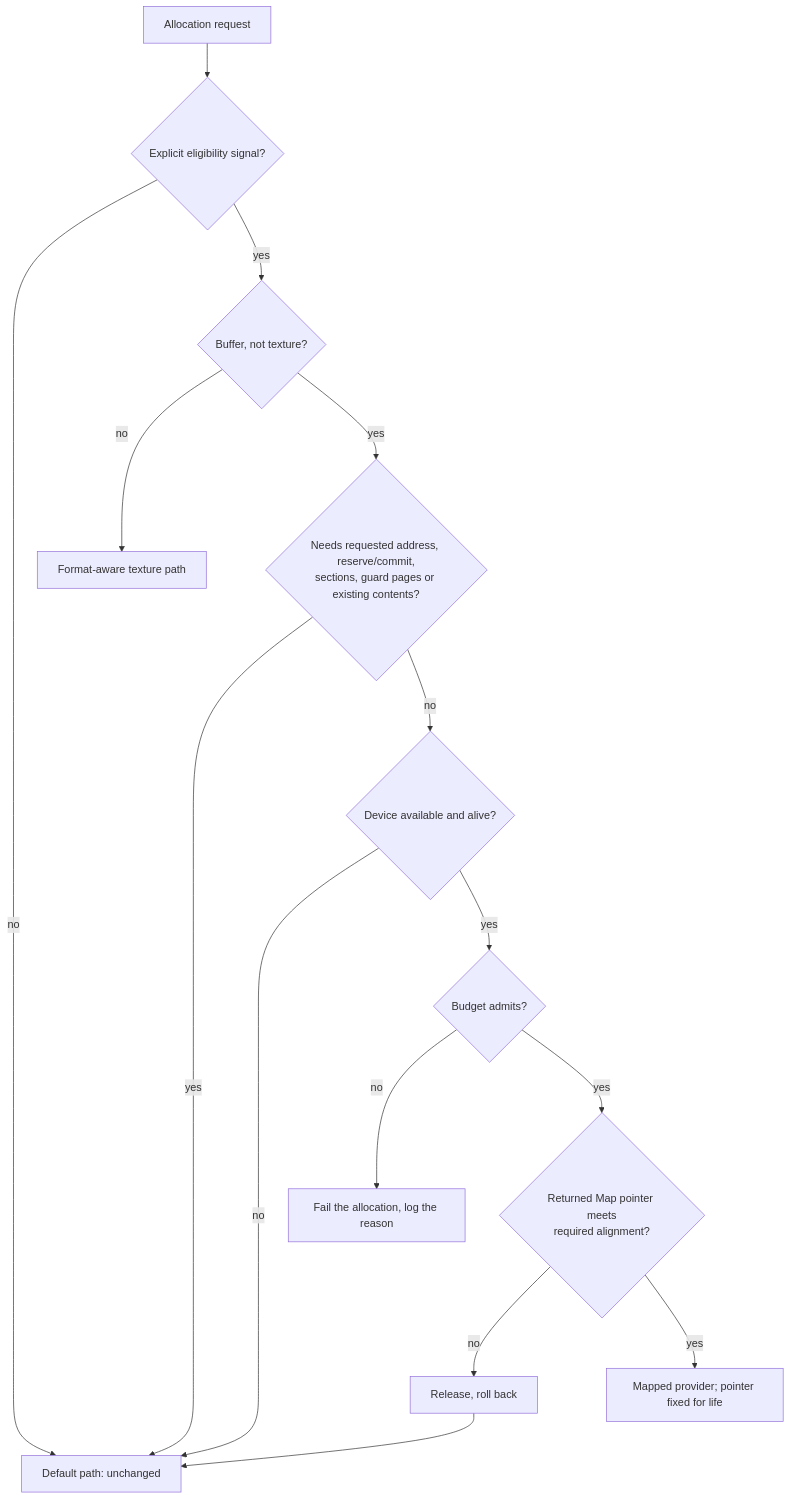
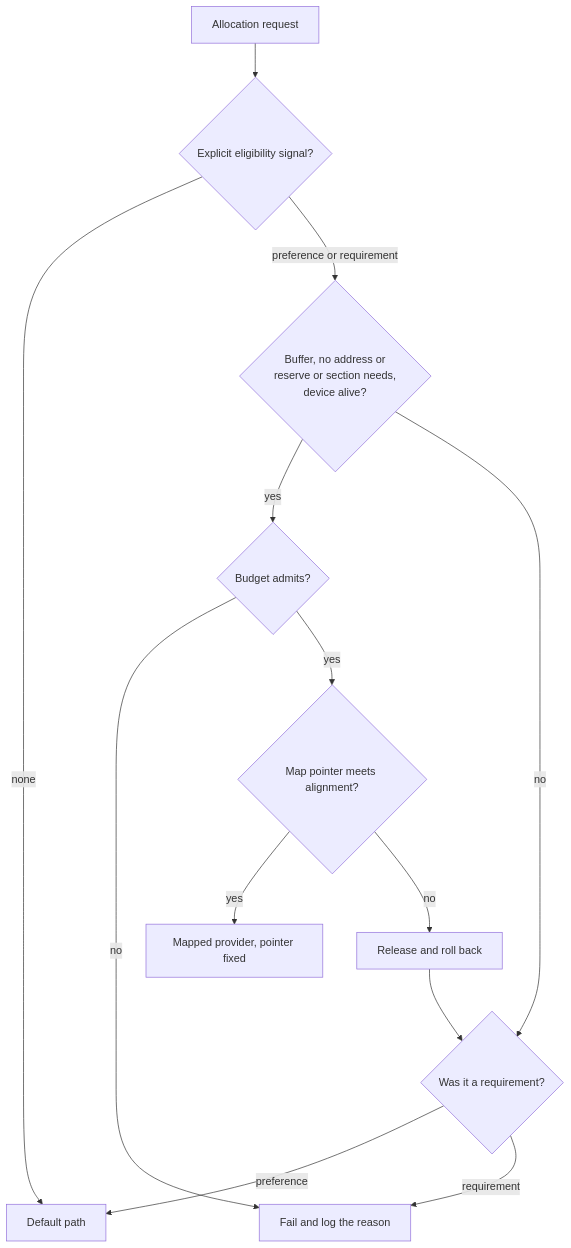
Before and after one commit to MacosPorters/betterxen: the third of 3 diagrams in docs/architecture/proposals/001-unified-memory/proposed-memory-architecture.md, drawn with Mermaid. The commit also changed other lines of this file and 15 other files, not shown here.

First line of the commit message:
docs: correct and tighten the memory architecture draft (#473)

````diff
--- a/docs/architecture/proposals/001-unified-memory/proposed-memory-architecture.md
+++ b/docs/architecture/proposals/001-unified-memory/proposed-memory-architecture.md
@@ -96,16 +111,14 @@
 ```mermaid
 flowchart TD
   Q[Allocation request] --> S{Explicit eligibility signal?}
-  S -->|no| DEF[Default path: unchanged]
-  S -->|yes| B{Buffer, not texture?}
-  B -->|no| TEX[Format-aware texture path]
-  B -->|yes| R{Needs requested address, reserve/commit,<br/>sections, guard pages or existing contents?}
-  R -->|yes| DEF
-  R -->|no| DV{Device available and alive?}
-  DV -->|no| DEF
-  DV -->|yes| ADM{Budget admits?}
-  ADM -->|no| FAIL[Fail the allocation, log the reason]
-  ADM -->|yes| AL{Returned Map pointer meets<br/>required alignment?}
-  AL -->|no| UNDO[Release, roll back] --> DEF
-  AL -->|yes| USE[Mapped provider; pointer fixed for life]
+  S -->|none| DEF[Default path]
+  S -->|preference or requirement| OK{Buffer, no address or<br/>reserve or section needs,<br/>device alive?}
+  OK -->|yes| ADM{Budget admits?}
+  OK -->|no| K{Was it a requirement?}
+  ADM -->|no| FAIL[Fail and log the reason]
+  ADM -->|yes| AL{Map pointer meets alignment?}
+  AL -->|yes| USE[Mapped provider, pointer fixed]
+  AL -->|no| UNDO[Release and roll back] --> K
+  K -->|preference| DEF
+  K -->|requirement| FAIL
 ```
````
